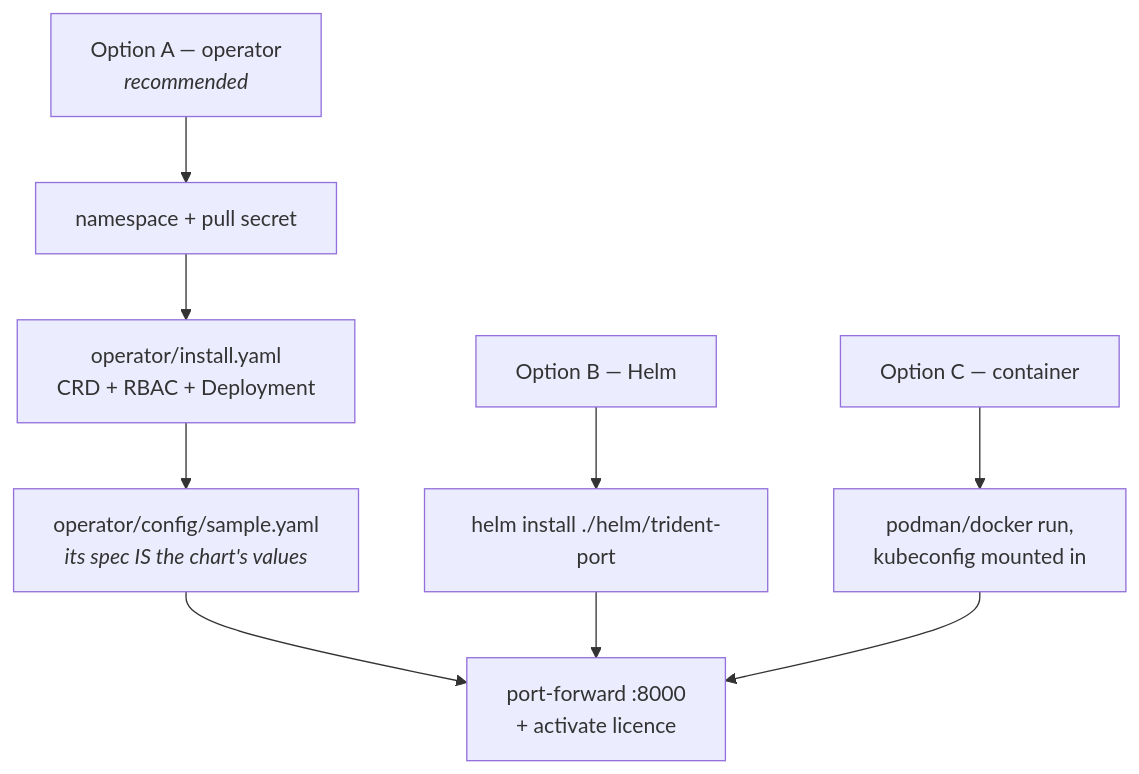
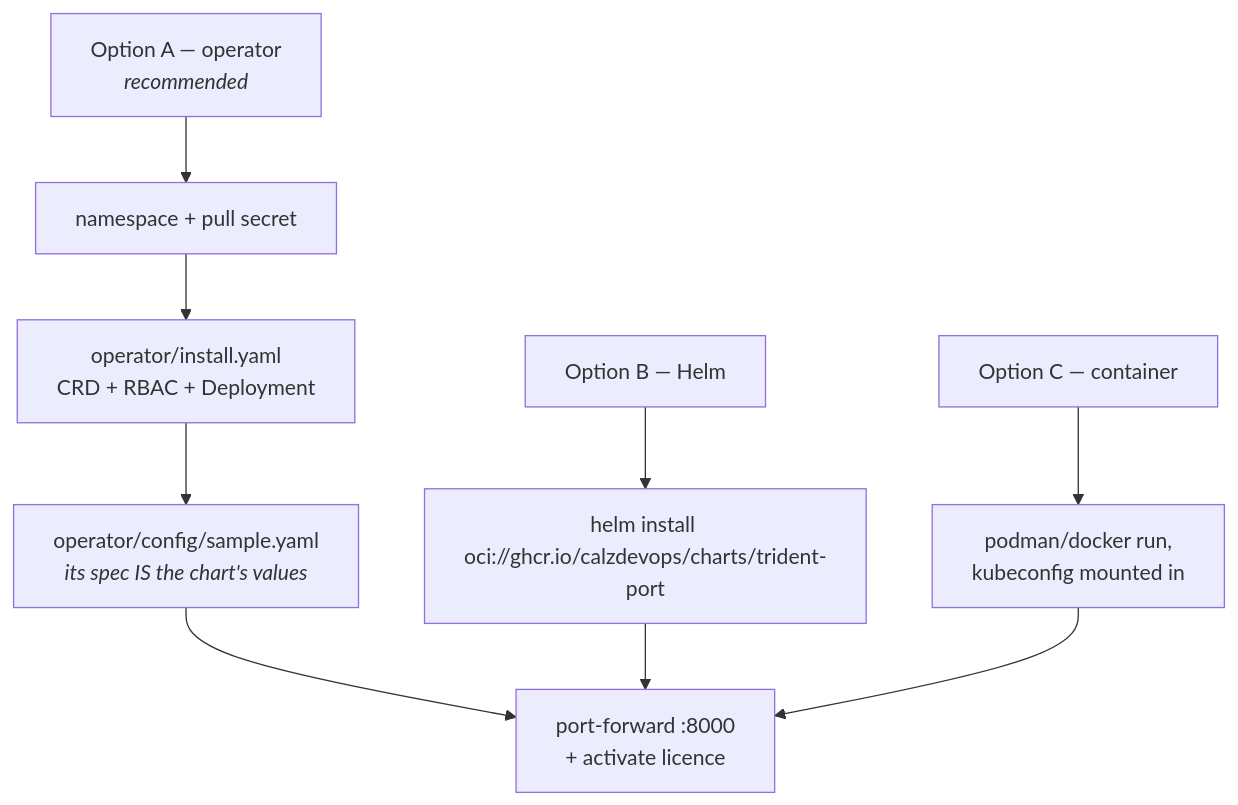
The second of 3 diagrams in README.md (CalzDevOps/trident-port-overview), drawn with Mermaid before and after one commit. The commit also changed other lines of this file, not shown here.

First line of the commit message:
README: instalar el chart Helm desde el paquete OCI privado, no desde un checkout

````diff
--- a/README.md
+++ b/README.md
@@ -148,11 +148,11 @@
 ```mermaid
 flowchart TD
     O["Option A — operator<br/><i>recommended</i>"] --> O1[namespace + pull secret]
     O1 --> O2[operator/install.yaml<br/>CRD + RBAC + Deployment]
     O2 --> O3[operator/config/sample.yaml<br/><i>its spec IS the chart's values</i>]
-    H["Option B — Helm"] --> H1[helm install ./helm/trident-port]
+    H["Option B — Helm"] --> H1["helm install oci://ghcr.io/calzdevops/charts/trident-port"]
     C["Option C — container"] --> C1[podman/docker run,<br/>kubeconfig mounted in]
     O3 --> R[port-forward :8000<br/>+ activate licence]
     H1 --> R
     C1 --> R
 ```
````
